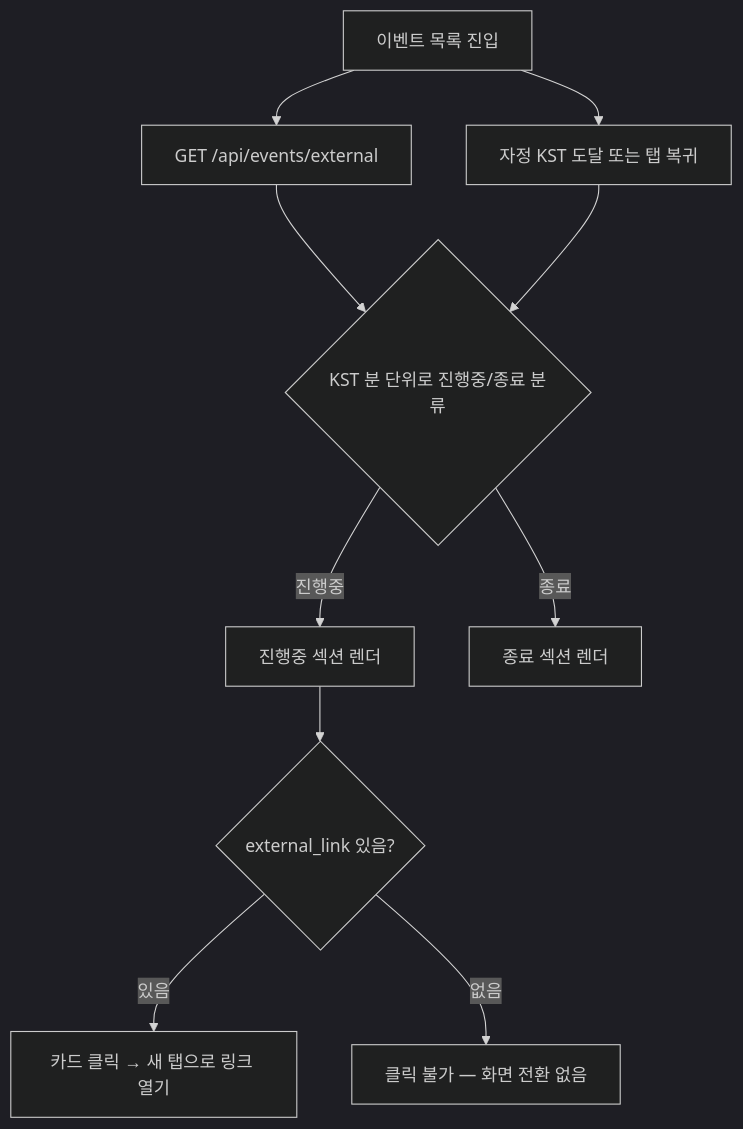
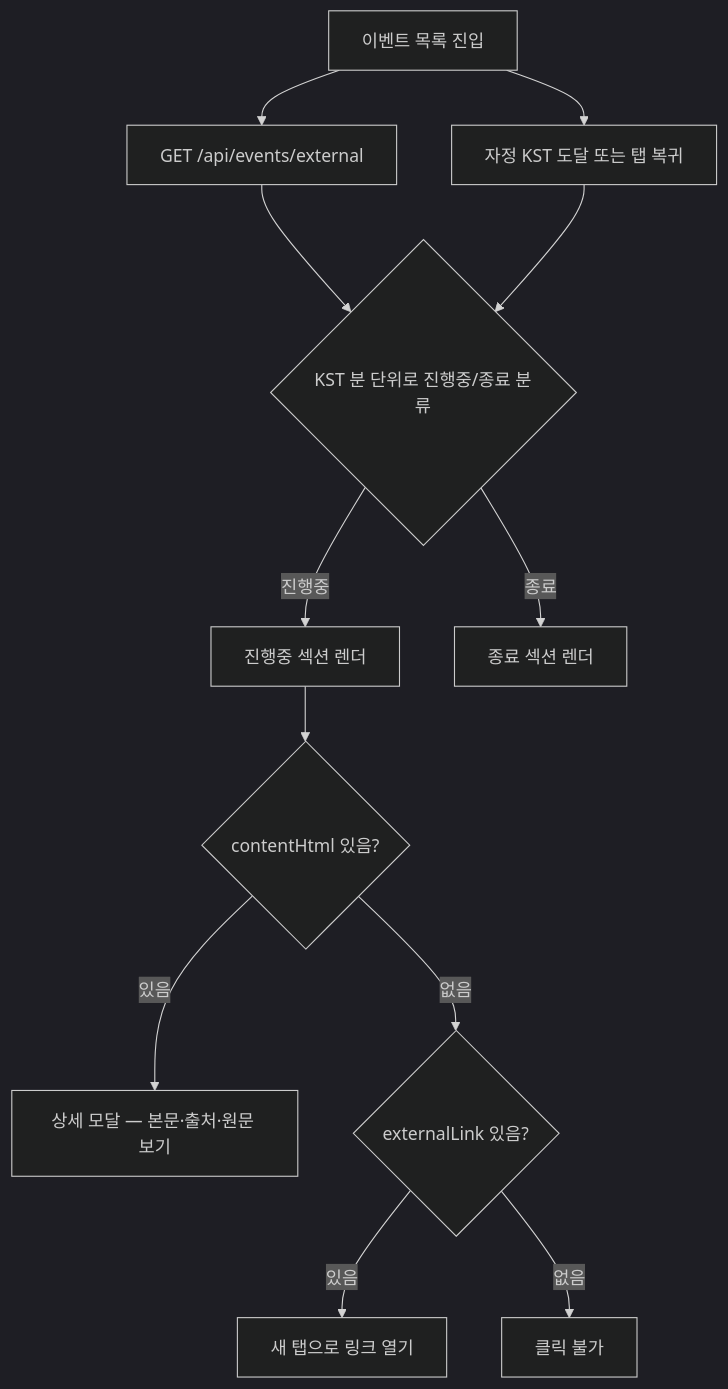
One commit to newfly101/compya2025 changed the diagram in docs/features/events/design.md. Above: the diagram before and after it, drawn with Mermaid (dark theme). The commit also changed other lines of this file and 13 other files, not shown here.

````diff
--- a/docs/features/events/design.md
+++ b/docs/features/events/design.md
@@ -32,12 +35,14 @@
 ```mermaid
 flowchart TD
     A[이벤트 목록 진입] --> B[GET /api/events/external]
     B --> C{KST 분 단위로 진행중/종료 분류}
     C -->|진행중| D[진행중 섹션 렌더]
     C -->|종료| E[종료 섹션 렌더]
-    D --> F{external_link 있음?}
-    F -->|있음| G[카드 클릭 → 새 탭으로 링크 열기]
-    F -->|없음| H[클릭 불가 — 화면 전환 없음]
+    D --> F{contentHtml 있음?}
+    F -->|있음| G[상세 모달 — 본문·출처·원문 보기]
+    F -->|없음| F2{externalLink 있음?}
+    F2 -->|있음| G2[새 탭으로 링크 열기]
+    F2 -->|없음| H[클릭 불가]
     A --> I[자정 KST 도달 또는 탭 복귀]
     I --> C
 ```
````
